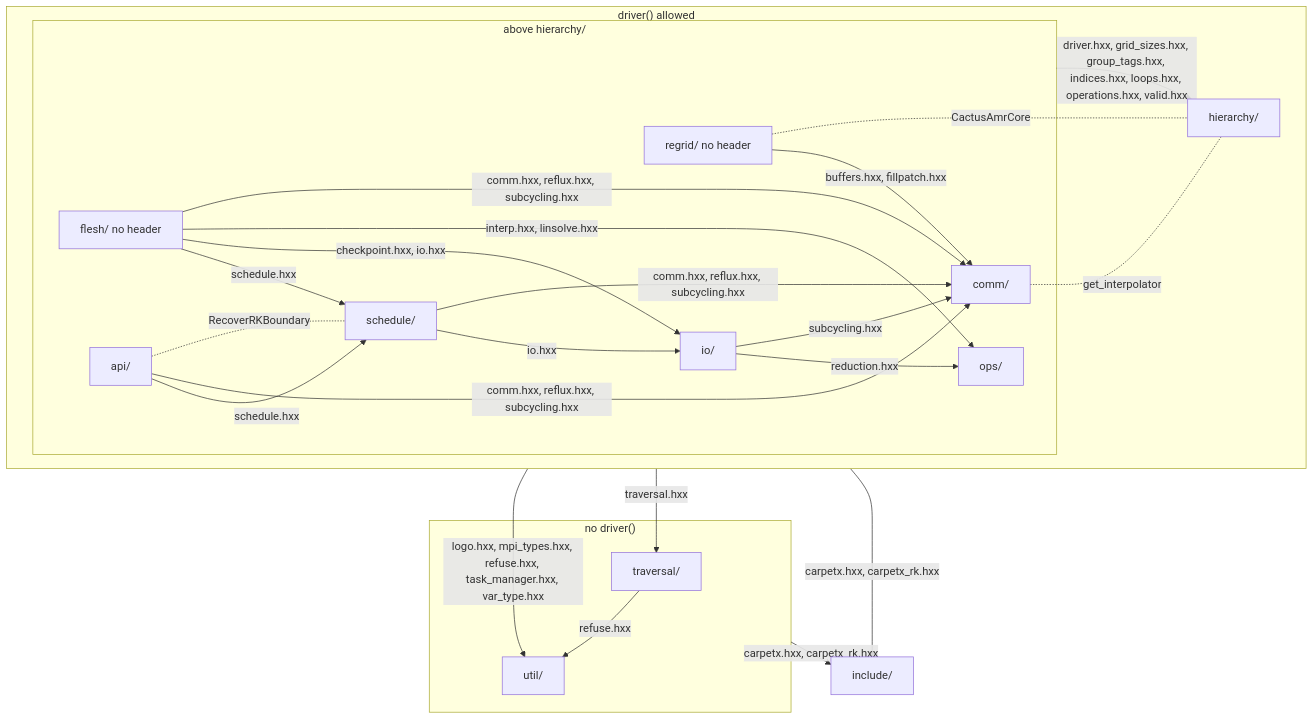
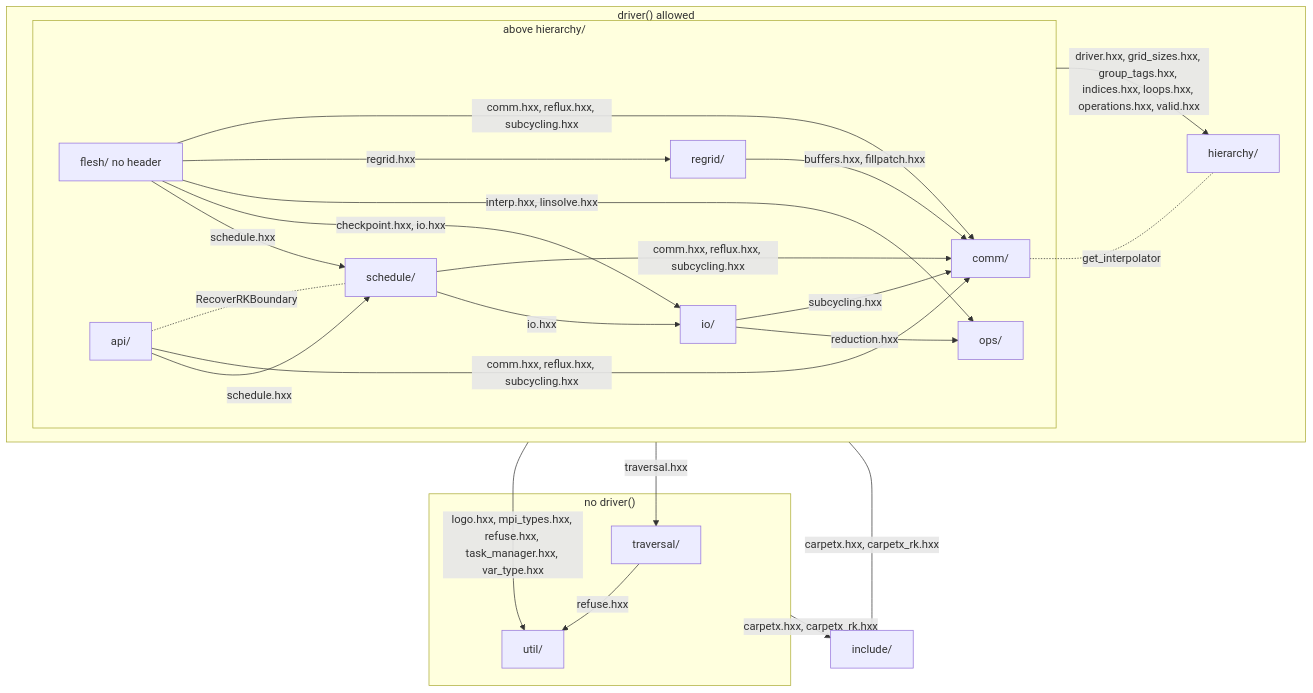
One commit to lwJi/CarpetX changed the first of 3 diagrams in agent_docs/carpetx-internals.md. Above: the diagram before and after it, drawn with Mermaid. The commit also changed 13 other files, not shown here.

First line of the commit message:
CarpetX: the model holds an abstract AMReX core; regrid owns CactusAmrCore

````diff
--- a/agent_docs/carpetx-internals.md
+++ b/agent_docs/carpetx-internals.md
@@ -7,40 +7,40 @@
 ```mermaid
 flowchart TB
   subgraph door["driver() allowed"]
     subgraph above["above hierarchy/"]
       flesh["flesh/ no header"]
       api["api/"]
       schedule["schedule/"]
       io["io/"]
       ops["ops/"]
-      regrid["regrid/ no header"]
+      regrid["regrid/"]
       comm["comm/"]
     end
     hierarchy["hierarchy/"]
   end
   subgraph nodoor["no driver()"]
     traversal["traversal/"]
     util["util/"]
   end
   include["include/"]
   flesh -- "schedule.hxx" --> schedule
   flesh -- "checkpoint.hxx, io.hxx" --> io
   flesh -- "interp.hxx, linsolve.hxx" --> ops
+  flesh -- "regrid.hxx" --> regrid
   flesh -- "comm.hxx, reflux.hxx, subcycling.hxx" --> comm
   api -- "schedule.hxx" --> schedule
   api -- "comm.hxx, reflux.hxx, subcycling.hxx" --> comm
   schedule -- "io.hxx" --> io
   schedule -- "comm.hxx, reflux.hxx, subcycling.hxx" --> comm
   io -- "reduction.hxx" --> ops
   io -- "subcycling.hxx" --> comm
   regrid -- "buffers.hxx, fillpatch.hxx" --> comm
   traversal -- "refuse.hxx" --> util
   above -- "driver.hxx, grid_sizes.hxx, group_tags.hxx, indices.hxx, loops.hxx, operations.hxx, valid.hxx" --> hierarchy
   door -- "traversal.hxx" --> traversal
   door -- "logo.hxx, mpi_types.hxx, refuse.hxx, task_manager.hxx, var_type.hxx" --> util
   door -- "carpetx.hxx, carpetx_rk.hxx" --> include
   nodoor -- "carpetx.hxx, carpetx_rk.hxx" --> include
   comm -. "get_interpolator" .- hierarchy
-  regrid -. "CactusAmrCore" .- hierarchy
   api -. "RecoverRKBoundary" .- schedule
 ```
````
